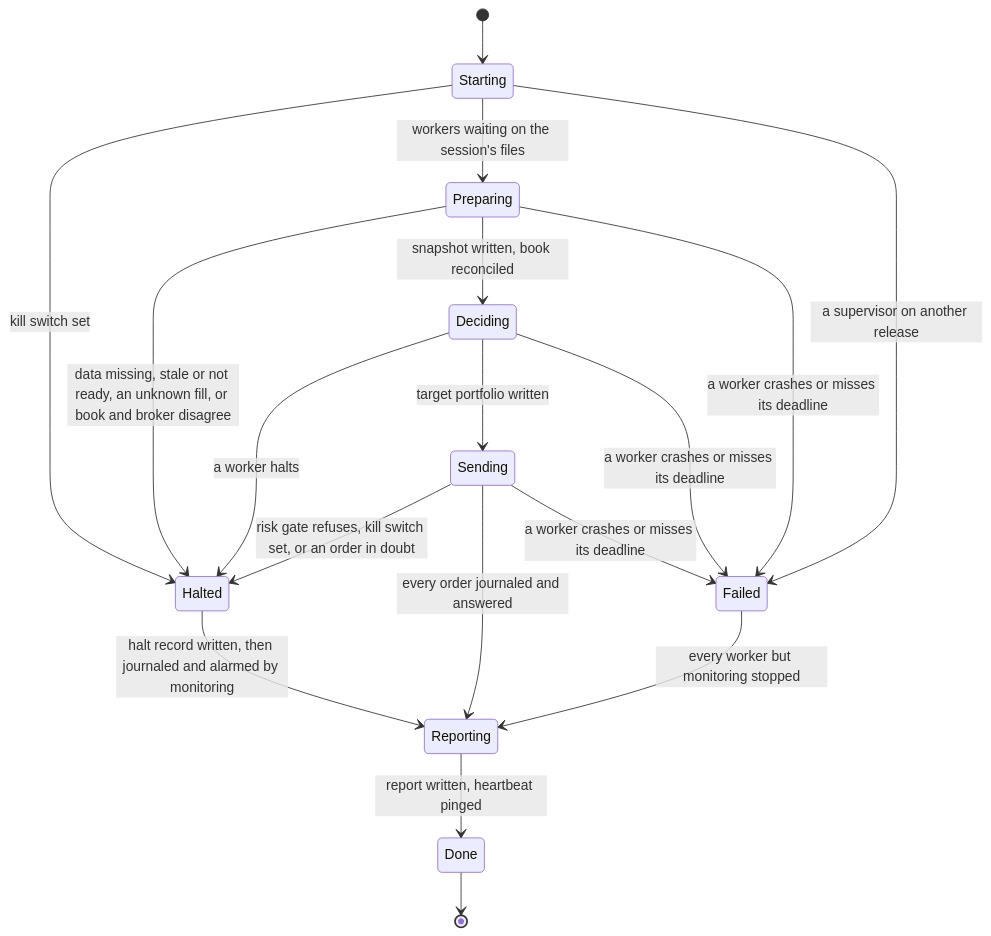
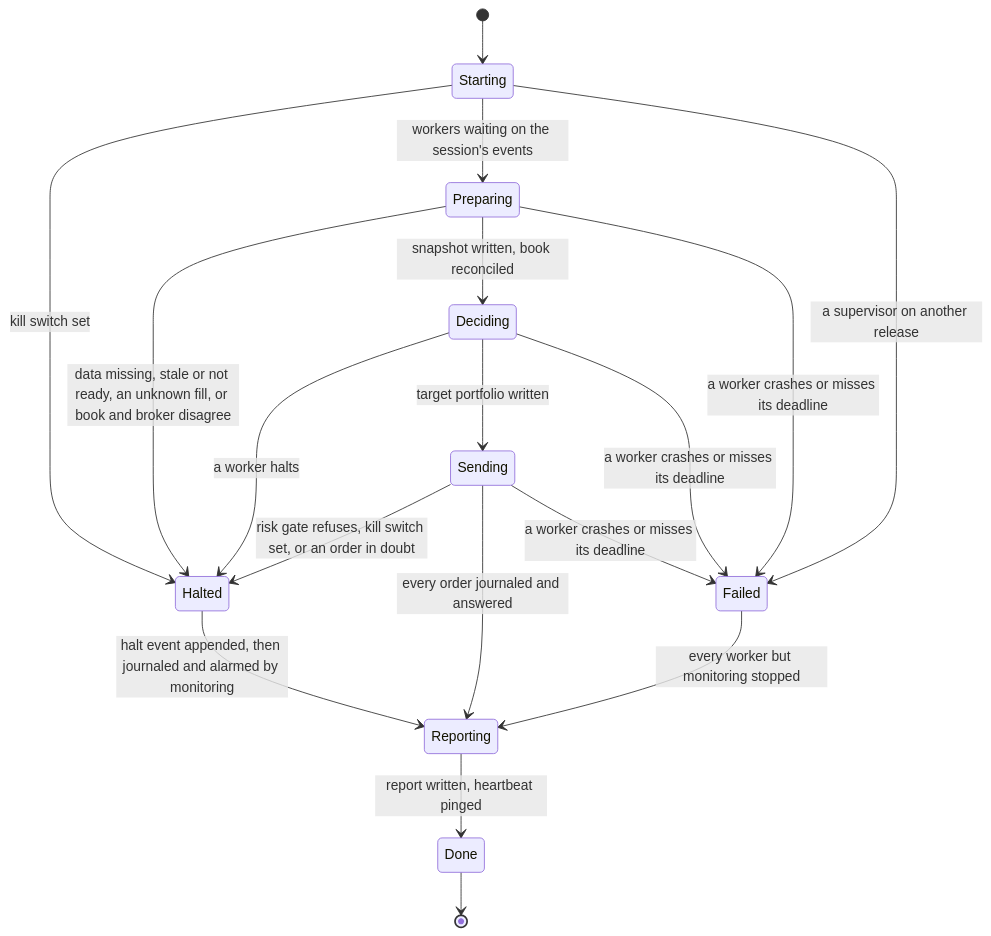
Before and after one commit to l3a0/ithildin-runtime: diagram 13 of 16 in docs/architecture.md, drawn with Mermaid. The commit also changed other lines of this file and 2 other files, not shown here.

First line of the commit message:
docs(design): make the platform an event pipeline

````diff
--- a/docs/architecture.md
+++ b/docs/architecture.md
@@ -1149,20 +1155,20 @@
 ```mermaid
 stateDiagram-v2
     [*] --> Starting
     Starting --> Halted: kill switch set
-    Starting --> Preparing: workers waiting on the session's files
+    Starting --> Preparing: workers waiting on the session's events
     Preparing --> Halted: data missing, stale or not ready, an unknown fill, or book and broker disagree
     Preparing --> Deciding: snapshot written, book reconciled
     Deciding --> Halted: a worker halts
     Deciding --> Sending: target portfolio written
     Sending --> Halted: risk gate refuses, kill switch set, or an order in doubt
     Sending --> Reporting: every order journaled and answered
-    Halted --> Reporting: halt record written, then journaled and alarmed by monitoring
+    Halted --> Reporting: halt event appended, then journaled and alarmed by monitoring
     Reporting --> Done: report written, heartbeat pinged
     Done --> [*]
     Starting --> Failed: a supervisor on another release
     Preparing --> Failed: a worker crashes or misses its deadline
     Deciding --> Failed: a worker crashes or misses its deadline
     Sending --> Failed: a worker crashes or misses its deadline
     Failed --> Reporting: every worker but monitoring stopped
 ```
````
